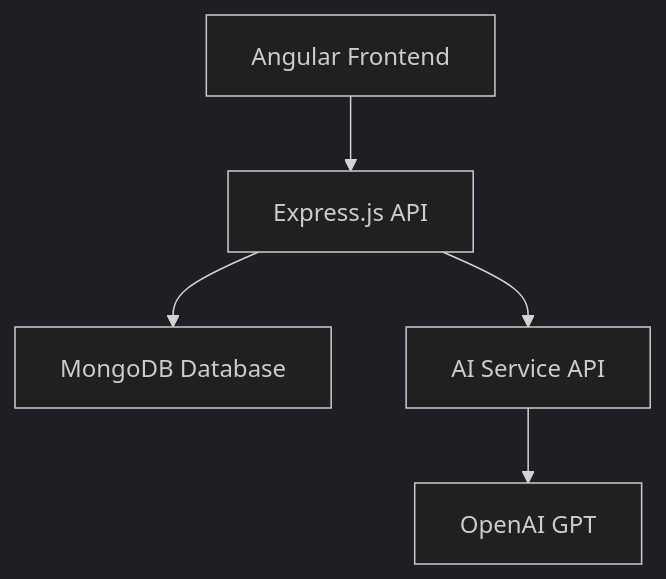
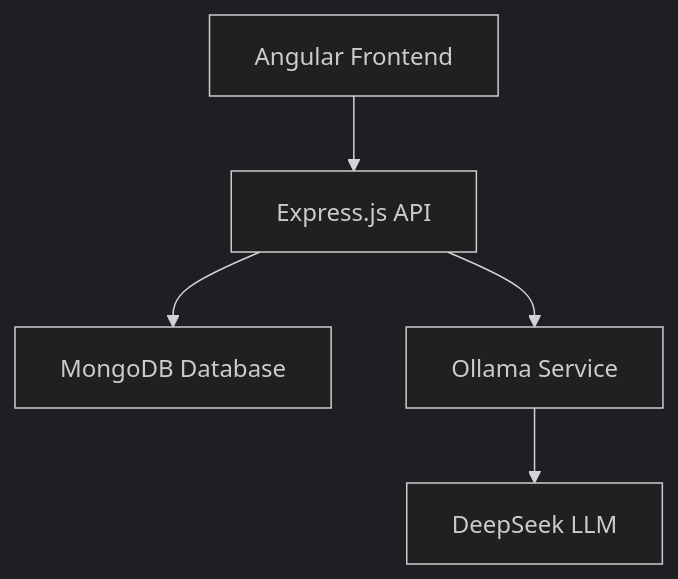
The diagram in README.md (Sriram-murugesan/Yzone-1st-prg), drawn with Mermaid (dark theme) before and after one commit. The commit also changed other lines of this file and 6 other files, not shown here.

Commit message:
Integrated DeepSeek LLM via Ollama for local AI processing; Updated documentation and added setup guides

````diff
--- a/README.md
+++ b/README.md
@@ -35,7 +36,7 @@
 ```mermaid
 graph TD
     A[Angular Frontend] --> B[Express.js API]
     B --> C[MongoDB Database]
-    B --> D[AI Service API]
-    D --> E[OpenAI GPT]
+    B --> D[Ollama Service]
+    D --> E[DeepSeek LLM]
 ```
````
